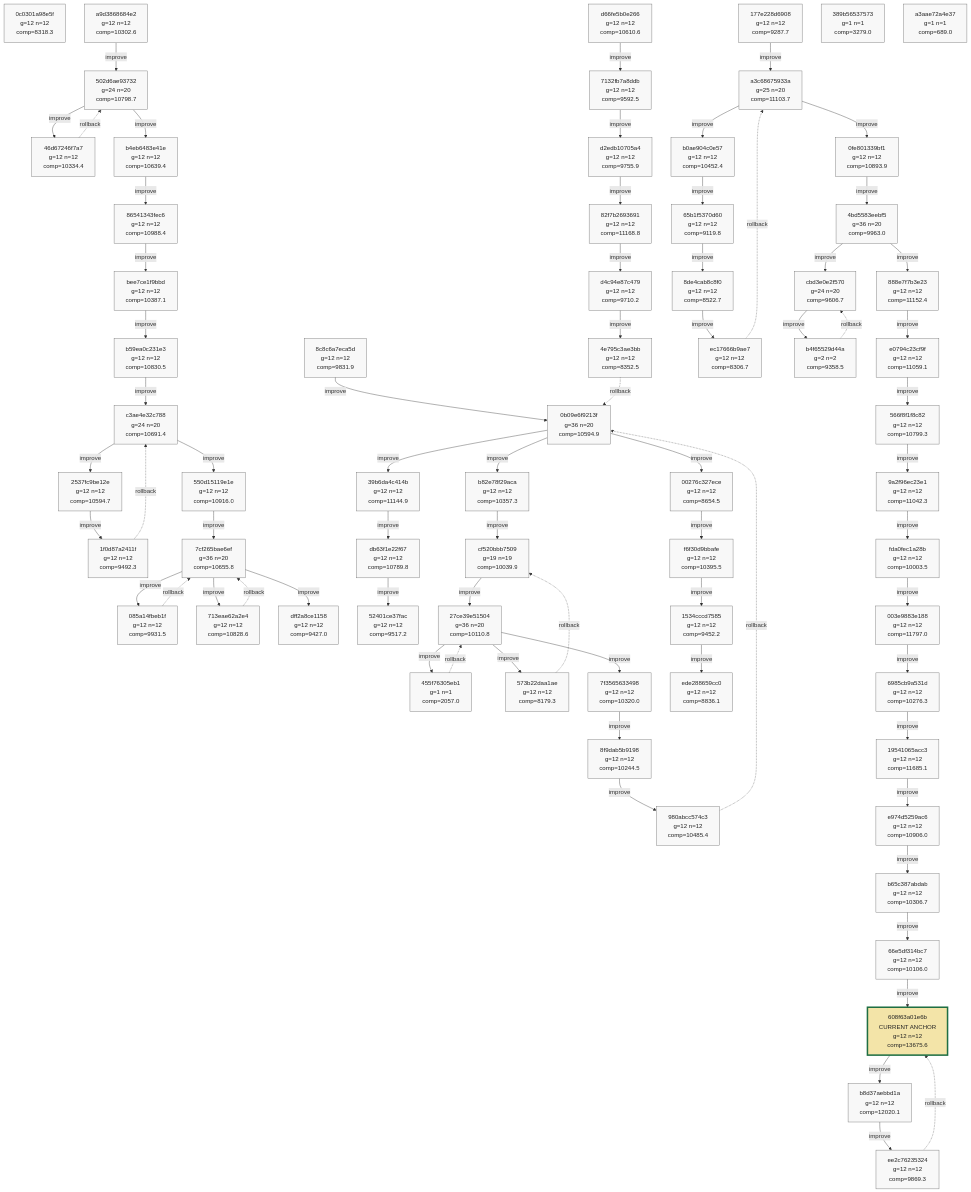
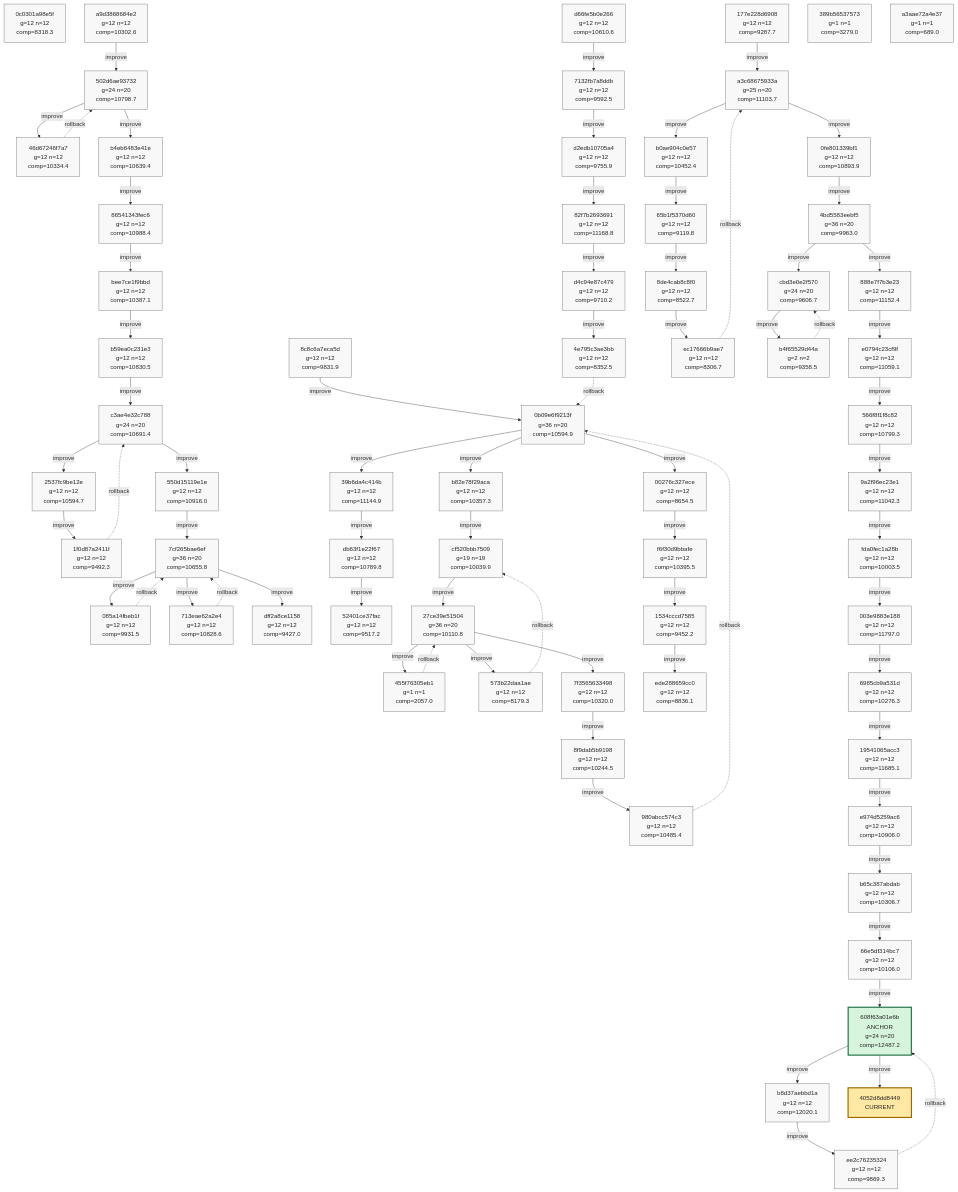
The tenth of 10 diagrams in phyrogenetic-tree.md (azumag/soviet_now), drawn with Mermaid before and after one commit. The commit also changed other lines of this file and 2 other files, not shown here.

Commit message:
eloop Improve after 12 games (scores: 9719 11958 13852 8418 13920 10826 12069 11815 14240 13453 11608 8577)

````diff
--- a/phyrogenetic-tree.md
+++ b/phyrogenetic-tree.md
@@ -2591,11 +2591,12 @@
     h_e974d5259ac6["e974d5259ac6<br/>g=12 n=12<br/>comp=10906.0"]
     h_b65c387abdab["b65c387abdab<br/>g=12 n=12<br/>comp=10306.7"]
     h_66e5df314bc7["66e5df314bc7<br/>g=12 n=12<br/>comp=10106.0"]
-    h_608f63a01e6b["608f63a01e6b<br/>CURRENT ANCHOR<br/>g=12 n=12<br/>comp=13675.6"]
+    h_608f63a01e6b["608f63a01e6b<br/>ANCHOR<br/>g=24 n=20<br/>comp=12487.2"]
     h_b8d37aebbd1a["b8d37aebbd1a<br/>g=12 n=12<br/>comp=12020.1"]
     h_ee2c76235324["ee2c76235324<br/>g=12 n=12<br/>comp=9869.3"]
     h_389b56537573["389b56537573<br/>g=1 n=1<br/>comp=3279.0"]
     h_a3aae72a4e37["a3aae72a4e37<br/>g=1 n=1<br/>comp=689.0"]
+    h_4052d8dd8449["4052d8dd8449<br/>CURRENT"]
 
     h_a9d3868684e2 -->|improve| h_502d6ae93732
     h_502d6ae93732 -->|improve| h_46d67246f7a7
@@ -2666,6 +2667,7 @@
     h_608f63a01e6b -->|improve| h_b8d37aebbd1a
     h_b8d37aebbd1a -->|improve| h_ee2c76235324
     h_ee2c76235324 -. rollback .-> h_608f63a01e6b
+    h_608f63a01e6b -->|improve| h_4052d8dd8449
 
     classDef plain fill:#f8f8f8,stroke:#666,stroke-width:1px,color:#222;
     classDef current fill:#ffe8a3,stroke:#9a6700,stroke-width:3px,color:#222;
@@ -2732,9 +2734,10 @@
     class h_e974d5259ac6 plain;
     class h_b65c387abdab plain;
     class h_66e5df314bc7 plain;
-    class h_608f63a01e6b current_anchor;
+    class h_608f63a01e6b anchor;
     class h_b8d37aebbd1a plain;
     class h_ee2c76235324 plain;
     class h_389b56537573 plain;
     class h_a3aae72a4e37 plain;
+    class h_4052d8dd8449 current;
 ```
````
